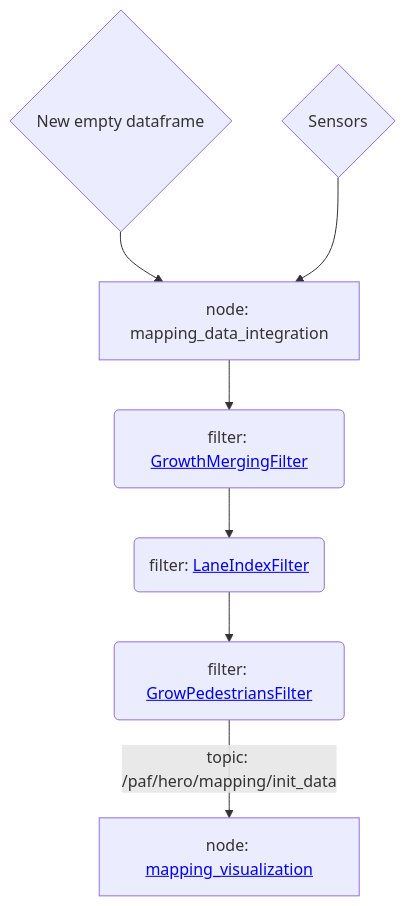
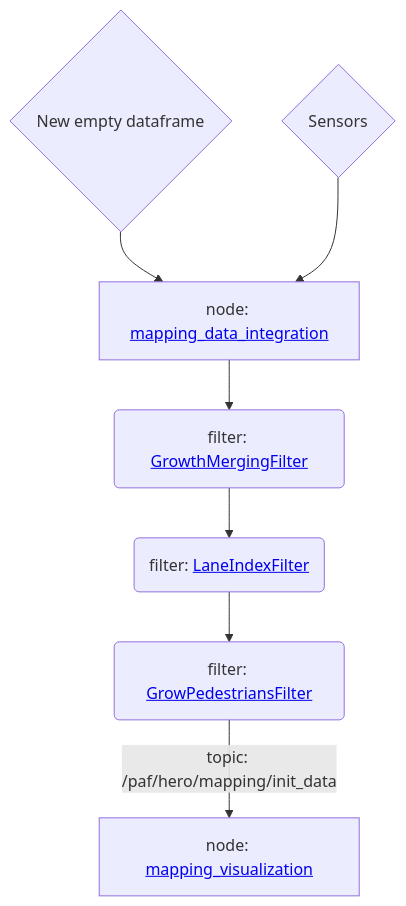
Before and after one commit to una-auxme/paf: the diagram in doc/mapping/README.md, drawn with Mermaid. The commit also changed other lines of this file and 13 other files, not shown here.

````diff
--- a/doc/mapping/README.md
+++ b/doc/mapping/README.md
@@ -35,9 +52,9 @@
 ```mermaid
 flowchart TD
-    NF{New empty dataframe} --> A[node: mapping_data_integration]
+    NF{New empty dataframe} --> A[node: <a href='doc/mapping/generated/nodes.md#mappingdataintegrationnode'>mapping_data_integration</a>]
     S{Sensors} --> A
     A --> F1(filter: <a href='/doc/mapping/generated/mapping_common/filter.md#growthmergingfilter'>GrowthMergingFilter</a>)
     F1 --> F2(filter: <a href='/doc/mapping/generated/mapping_common/filter.md#laneindexfilter'>LaneIndexFilter</a>)
     F2 --> F3(filter: <a href='/doc/mapping/generated/mapping_common/filter.md#growpedestriansfilter'>GrowPedestriansFilter</a>)
-    F3 -->|topic: /paf/hero/mapping/init_data| 1[node: <a href='/doc/mapping/generated/nodes.md#mappingdataintegrationnode'>mapping_visualization</a>]
+    F3 -->|topic: /paf/hero/mapping/init_data| 1[node: <a href='/code/mapping_visualization/src/visualization.py'>mapping_visualization</a>]
 ```
````
